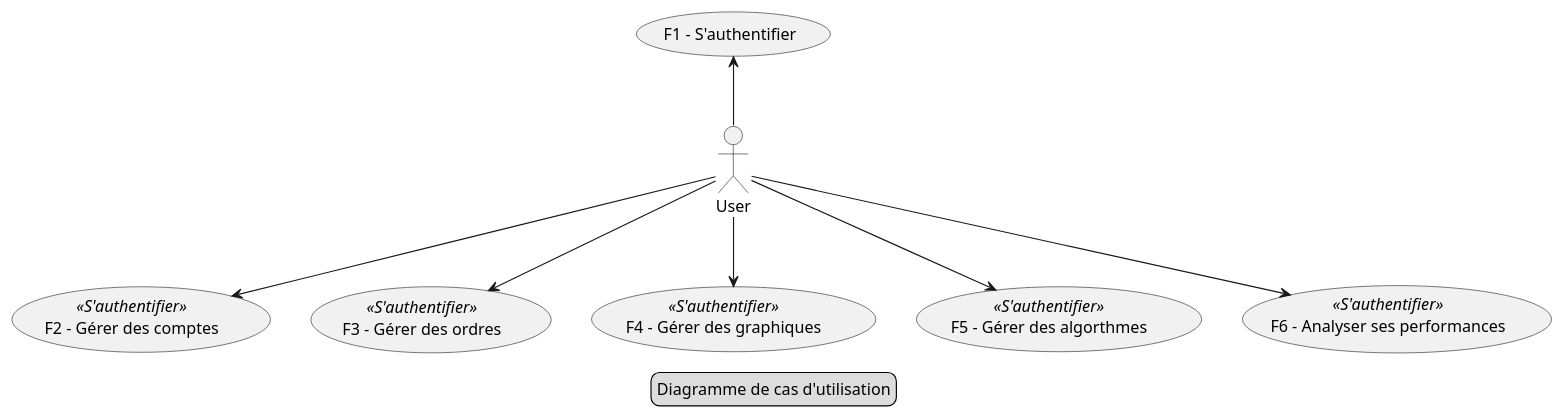
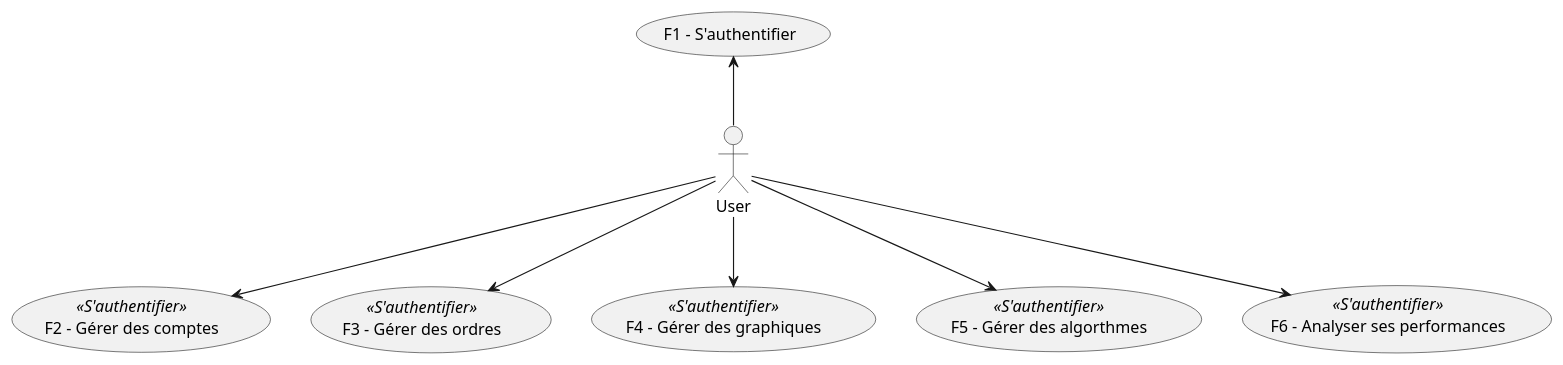
One commit to traderbook/documentation changed the diagram in dev-docs/specs/fonctionnelles/sfgenerales.adoc. Above: the diagram before and after it, drawn with PlantUML.

Commit message:
Nommage diagramme

```diff
--- a/dev-docs/specs/fonctionnelles/sfgenerales.adoc
+++ b/dev-docs/specs/fonctionnelles/sfgenerales.adoc
@@ -76,19 +76,16 @@
 [plantuml, diagram-usecase, png]
 ....
-legend
-Diagramme de cas d'utilisation
-endlegend
 
 (F2 - Gérer des comptes) << S'authentifier >>
 (F3 - Gérer des ordres) << S'authentifier >>
 (F4 - Gérer des graphiques) << S'authentifier >>
 (F5 - Gérer des algorthmes) << S'authentifier >>
 (F6 - Analyser ses performances) << S'authentifier >>
 
 User -up-> (F1 - S'authentifier)
 User --> (F2 - Gérer des comptes)
 User --> (F3 - Gérer des ordres)
 User --> (F4 - Gérer des graphiques)
 User --> (F5 - Gérer des algorthmes)
 User --> (F6 - Analyser ses performances)
 ....
```
